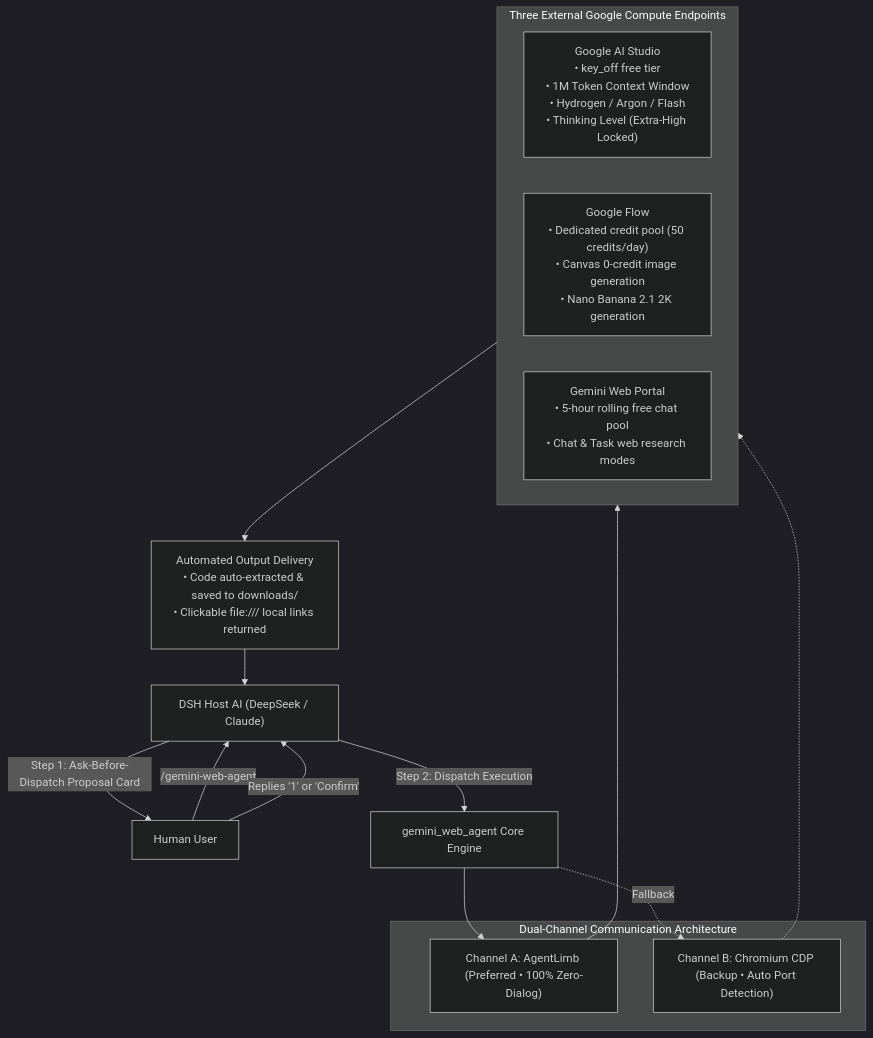
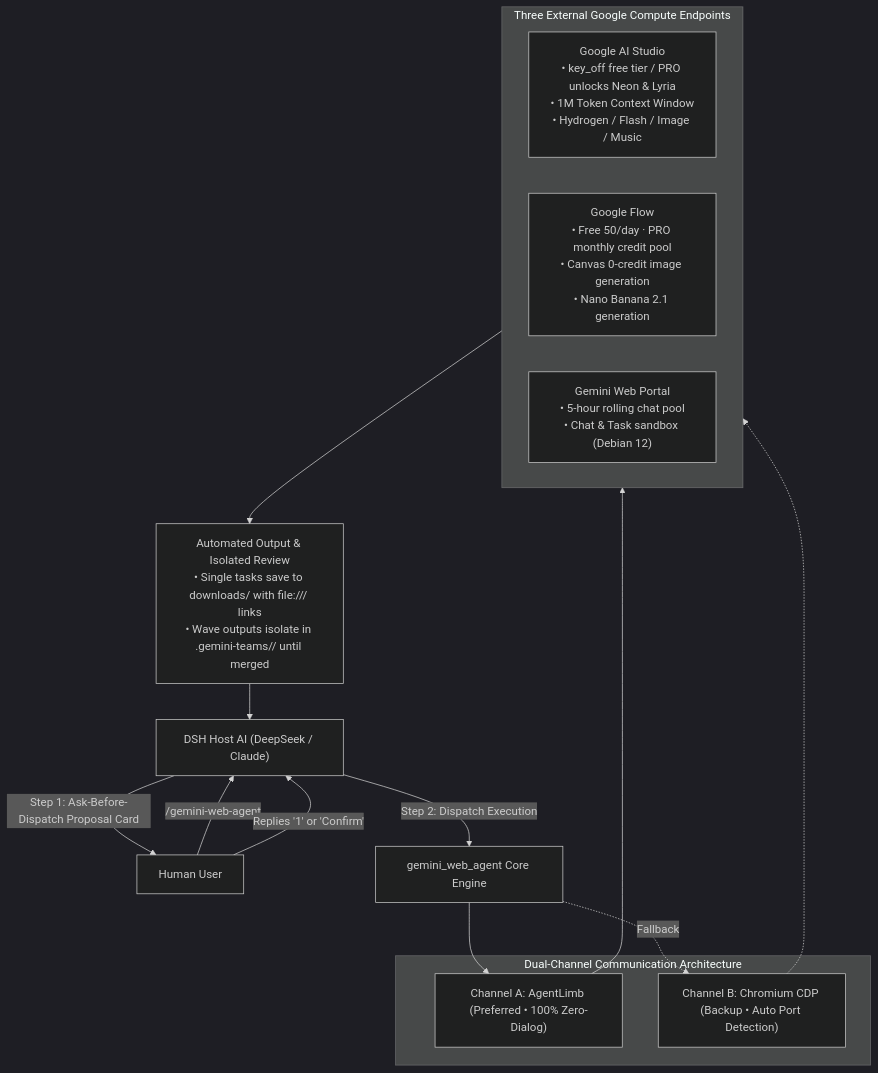
The diagram in README.en.md (stJL/dsh-gemini-web), drawn with Mermaid (dark theme) before and after one commit. The commit also changed other lines of this file and 29 other files, not shown here.

Commit message:
feat(release): v0.3.0-beta.1 with chat slots, custom playbooks, session isolation, PRO parity, and README updates

````diff
--- a/README.en.md
+++ b/README.en.md
@@ -79,27 +80,27 @@
 ```mermaid
 flowchart TD
     User["Human User"] -- "/gemini-web-agent <task>" --> DSH["DSH Host AI (DeepSeek / Claude)"]
     DSH -- "Step 1: Ask-Before-Dispatch Proposal Card" --> User
     User -- "Replies '1' or 'Confirm'" --> DSH
     DSH -- "Step 2: Dispatch Execution" --> Core["gemini_web_agent Core Engine"]
     
     subgraph Bridges ["Dual-Channel Communication Architecture"]
         AL["Channel A: AgentLimb (Preferred • 100% Zero-Dialog)"]
         CDP["Channel B: Chromium CDP (Backup • Auto Port Detection)"]
     end
     
     Core --> AL
     Core -. Fallback .-> CDP
     
     subgraph GoogleSites ["Three External Google Compute Endpoints"]
-        AIS["Google AI Studio\n• key_off free tier\n• 1M Token Context Window\n• Hydrogen / Argon / Flash\n• Thinking Level (Extra-High Locked)"]
-        Flow["Google Flow\n• Dedicated credit pool (50 credits/day)\n• Canvas 0-credit image generation\n• Nano Banana 2.1 2K generation"]
-        Web["Gemini Web Portal\n• 5-hour rolling free chat pool\n• Chat & Task web research modes"]
+        AIS["Google AI Studio\n• key_off free tier / PRO unlocks Neon & Lyria\n• 1M Token Context Window\n• Hydrogen / Flash / Image / Music"]
+        Flow["Google Flow\n• Free 50/day · PRO monthly credit pool\n• Canvas 0-credit image generation\n• Nano Banana 2.1 generation"]
+        Web["Gemini Web Portal\n• 5-hour rolling chat pool\n• Chat & Task sandbox (Debian 12)"]
     end
     
     AL --> GoogleSites
     CDP -.-> GoogleSites
     
-    GoogleSites --> Delivery["Automated Output Delivery\n• Code auto-extracted & saved to downloads/\n• Clickable file:/// local links returned"]
+    GoogleSites --> Delivery["Automated Output & Isolated Review\n• Single tasks save to downloads/ with file:/// links\n• Wave outputs isolate in .gemini-teams/<sessionId>/ until merged"]
     Delivery --> DSH
 ```
````
